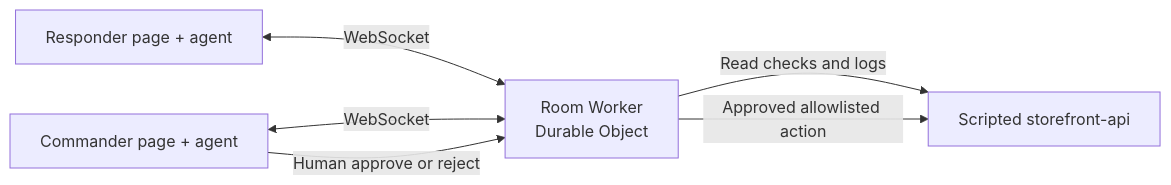
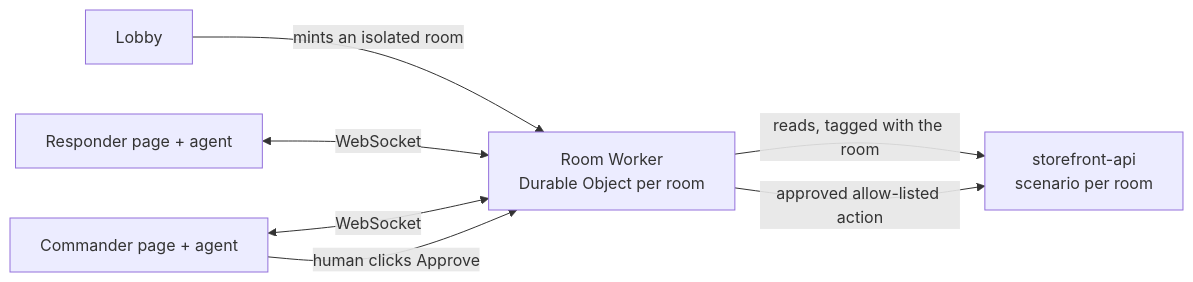
One commit to Hotragn/multicom changed the diagram in README.md. Above: the diagram before and after it, drawn with Mermaid. The commit also changed other lines of this file and 77 other files, not shown here.

````diff
--- a/README.md
+++ b/README.md
@@ -57,8 +86,9 @@
 ```mermaid
 flowchart LR
-  A[Responder page + agent] <-->|WebSocket| R[Room Worker\nDurable Object]
+  L[Lobby] -->|mints an isolated room| R
+  A[Responder page + agent] <-->|WebSocket| R[Room Worker<br/>Durable Object per room]
   B[Commander page + agent] <-->|WebSocket| R
-  R -->|Read checks and logs| T[Scripted storefront-api]
-  R -->|Approved allowlisted action| T
-  B -->|Human approve or reject| R
+  R -->|reads, tagged with the room| T[storefront-api<br/>scenario per room]
+  R -->|approved allow-listed action| T
+  B -->|human clicks Approve| R
 ```
````
